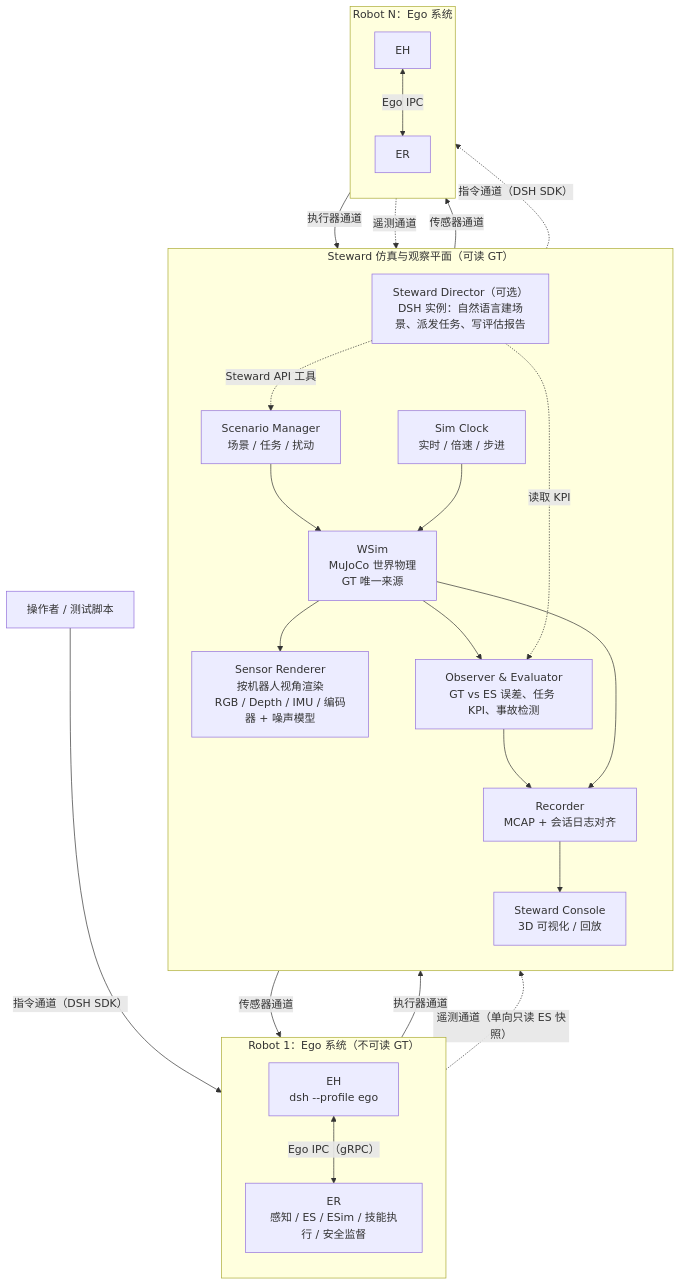
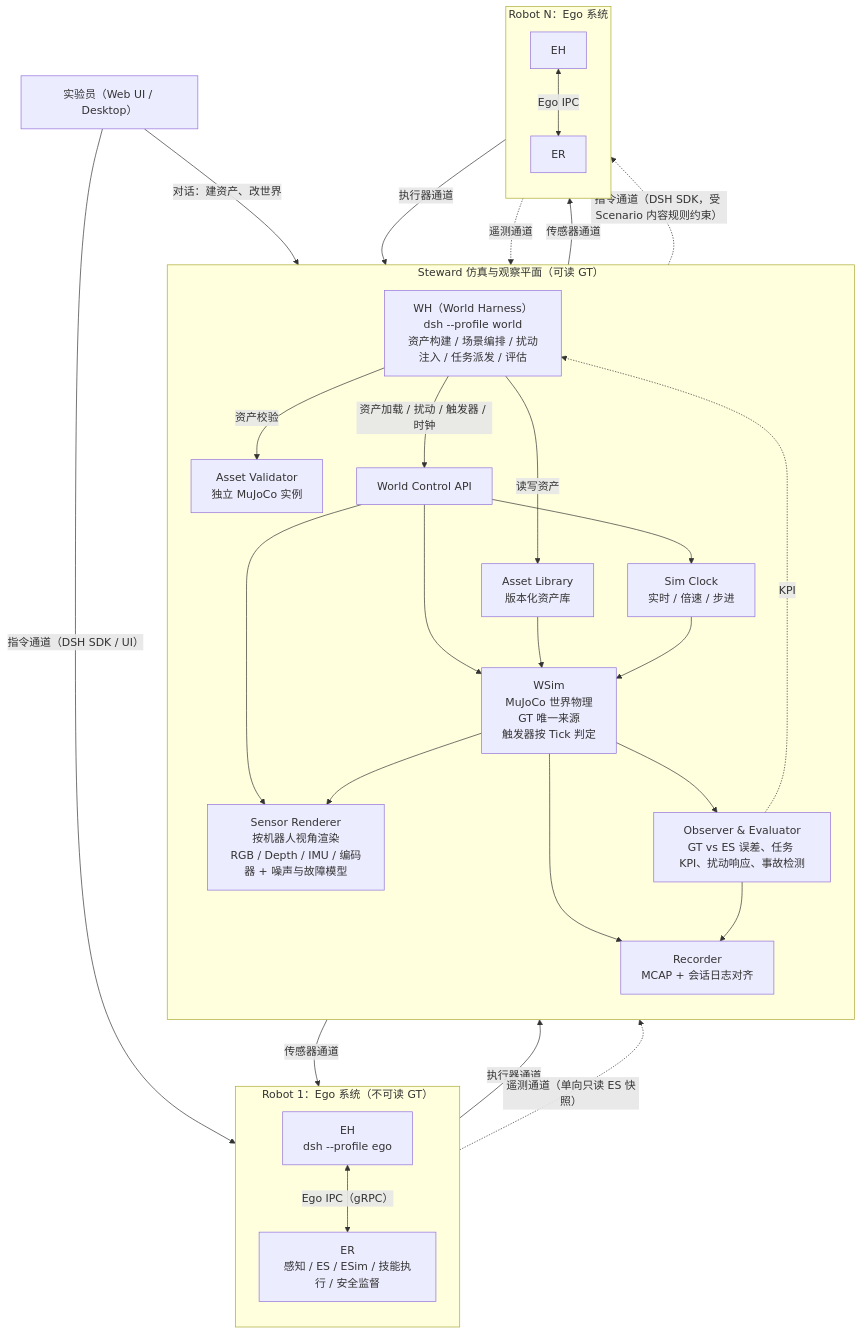
One commit to Siliconagent218/steward changed the second of 10 diagrams in steward.md. Above: the diagram before and after it, drawn with Mermaid. The commit also changed other lines of this file, not shown here.

Commit message:
docs: add World Harness for asset authoring and live perturbation

````diff
--- a/steward.md
+++ b/steward.md
@@ -200,47 +218,54 @@
 ```mermaid
 flowchart TB
   subgraph STEWARD["Steward 仿真与观察平面（可读 GT）"]
     direction TB
-    SCN["Scenario Manager<br/>场景 / 任务 / 扰动"]
+    WH["WH（World Harness）<br/>dsh --profile world<br/>资产构建 / 场景编排 / 扰动注入 / 任务派发 / 评估"]
+    LIB["Asset Library<br/>版本化资产库"]
+    VAL["Asset Validator<br/>独立 MuJoCo 实例"]
+    WCA["World Control API"]
     CLK["Sim Clock<br/>实时 / 倍速 / 步进"]
-    WSIM["WSim<br/>MuJoCo 世界物理<br/>GT 唯一来源"]
-    REN["Sensor Renderer<br/>按机器人视角渲染<br/>RGB / Depth / IMU / 编码器 + 噪声模型"]
-    OBS["Observer & Evaluator<br/>GT vs ES 误差、任务 KPI、事故检测"]
+    WSIM["WSim<br/>MuJoCo 世界物理<br/>GT 唯一来源<br/>触发器按 Tick 判定"]
+    REN["Sensor Renderer<br/>按机器人视角渲染<br/>RGB / Depth / IMU / 编码器 + 噪声与故障模型"]
+    OBS["Observer & Evaluator<br/>GT vs ES 误差、任务 KPI、扰动响应、事故检测"]
     REC["Recorder<br/>MCAP + 会话日志对齐"]
-    CON["Steward Console<br/>3D 可视化 / 回放"]
-    DIR["Steward Director（可选）<br/>DSH 实例：自然语言建场景、派发任务、写评估报告"]
-    SCN --> WSIM
+
+    WH -- "读写资产" --> LIB
+    WH -- "资产校验" --> VAL
+    WH -- "资产加载 / 扰动 / 触发器 / 时钟" --> WCA
+    WCA --> WSIM
+    WCA --> REN
+    WCA --> CLK
+    LIB --> WSIM
     CLK --> WSIM
     WSIM --> REN
     WSIM --> OBS
+    WSIM --> REC
     OBS --> REC
-    WSIM --> REC
-    REC --> CON
-    DIR -. "Steward API 工具" .-> SCN
-    DIR -. "读取 KPI" .-> OBS
+    OBS -. "KPI" .-> WH
   end
 
   subgraph R1["Robot 1：Ego 系统（不可读 GT）"]
     direction TB
     ER1["ER<br/>感知 / ES / ESim / 技能执行 / 安全监督"]
     EH1["EH<br/>dsh --profile ego"]
     EH1 <-- "Ego IPC（gRPC）" --> ER1
   end
 
   subgraph RN["Robot N：Ego 系统"]
     direction TB
     ERN["ER"]
     EHN["EH"]
     EHN <-- "Ego IPC" --> ERN
   end
 
   REN -- "传感器通道" --> ER1
   ER1 -- "执行器通道" --> WSIM
   REN -- "传感器通道" --> ERN
   ERN -- "执行器通道" --> WSIM
   ER1 -. "遥测通道（单向只读 ES 快照）" .-> OBS
   ERN -. "遥测通道" .-> OBS
 
-  USER["操作者 / 测试脚本"] -- "指令通道（DSH SDK）" --> EH1
-  DIR -. "指令通道（DSH SDK）" .-> EHN
+  USER["实验员（Web UI / Desktop）"] -- "对话：建资产、改世界" --> WH
+  USER -- "指令通道（DSH SDK / UI）" --> EH1
+  WH -. "指令通道（DSH SDK，受 Scenario 内容规则约束）" .-> EHN
 ```
````
